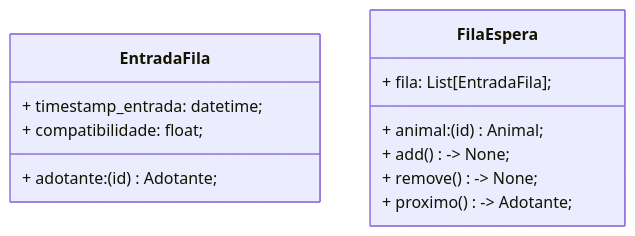
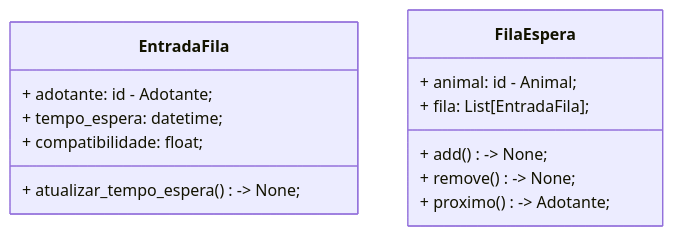
The third of 8 diagrams in docs/uml.md (Alisson014/projeto-1-poo-sistema-adocao-animais), drawn with Mermaid before and after one commit. The commit also changed other lines of this file, not shown here.

````diff
--- a/docs/uml.md
+++ b/docs/uml.md
@@ -127,17 +127,18 @@
 ```mermaid
 classDiagram
     %% Classes
     class EntradaFila {
-        + adotante: (id) Adotante;
-        + timestamp_entrada: datetime;
+        + adotante: id - Adotante;
+        + tempo_espera: datetime;
         + compatibilidade: float;
+        + atualizar_tempo_espera() -> None;
     }
 
     class FilaEspera {
-        + animal: (id) Animal;
+        + animal: id - Animal;
         + fila: List[EntradaFila];
         + add() -> None;
         + remove() -> None;
         + proximo() -> Adotante;
     }
 ```
````
